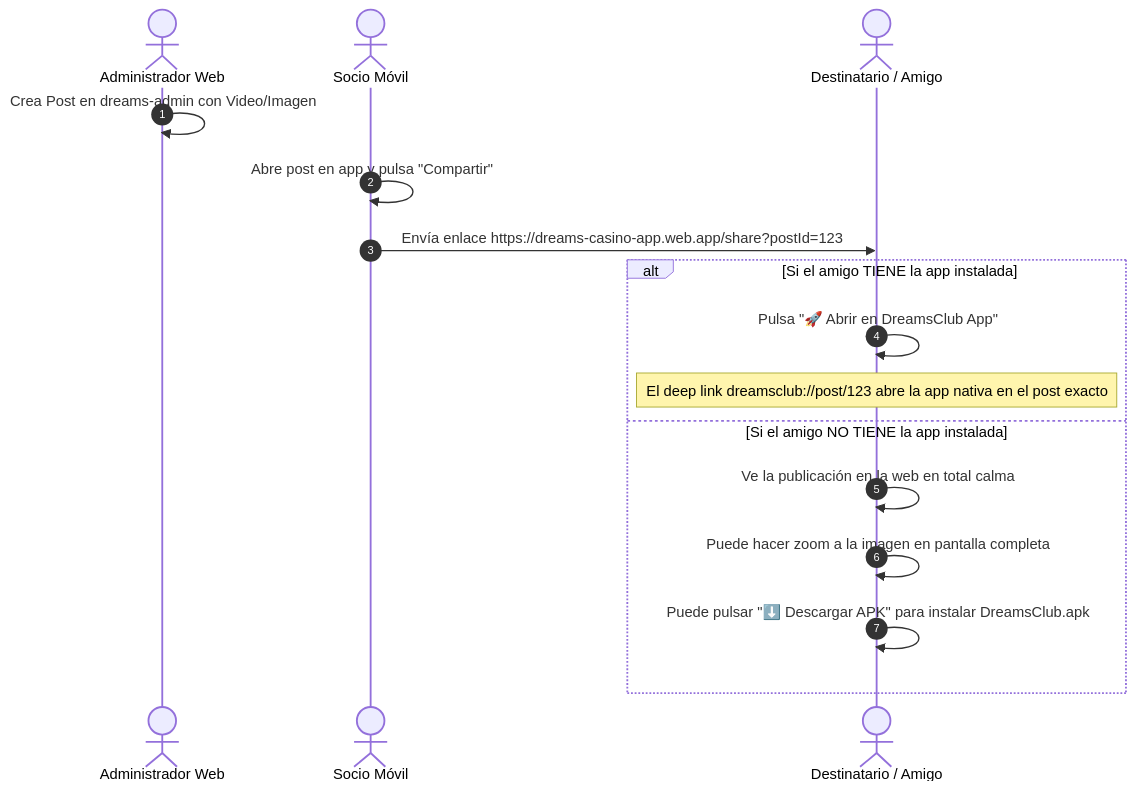
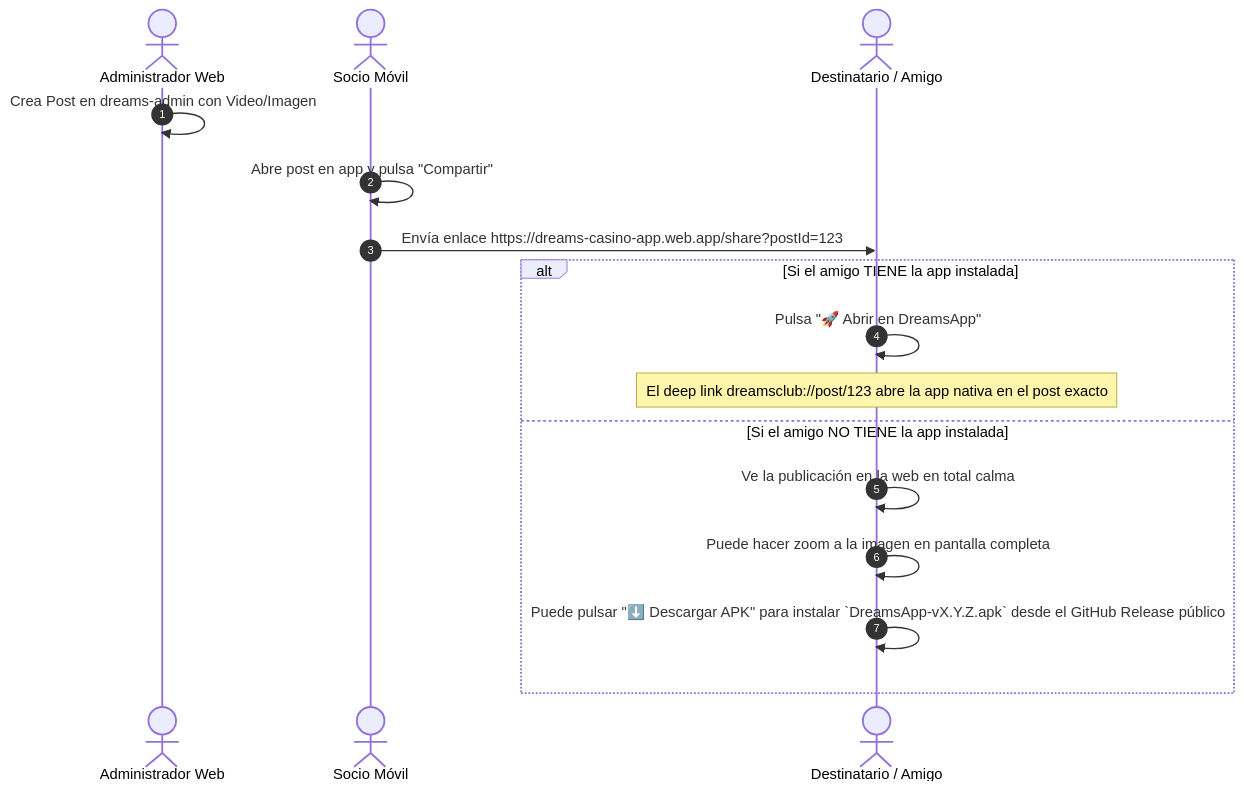
The third of 4 diagrams in ESPECIFICACION_SISTEMA_DREAMSCLUB.md (shaklinedj/DreamsClub), drawn with Mermaid before and after one commit. The commit also changed other lines of this file and 10 other files, not shown here.

````diff
--- a/ESPECIFICACION_SISTEMA_DREAMSCLUB.md
+++ b/ESPECIFICACION_SISTEMA_DREAMSCLUB.md
@@ -184,20 +184,20 @@
 ```mermaid
 sequenceDiagram
     autonumber
     actor Admin as Administrador Web
     actor Usuario as Socio Móvil
     actor Amigo as Destinatario / Amigo
 
     Admin->>Admin: Crea Post en dreams-admin con Video/Imagen
     Usuario->>Usuario: Abre post en app y pulsa "Compartir"
     Usuario->>Amigo: Envía enlace https://dreams-casino-app.web.app/share?postId=123
     
     alt Si el amigo TIENE la app instalada
-        Amigo->>Amigo: Pulsa "🚀 Abrir en DreamsClub App"
+        Amigo->>Amigo: Pulsa "🚀 Abrir en DreamsApp"
         Note over Amigo: El deep link dreamsclub://post/123 abre la app nativa en el post exacto
     else Si el amigo NO TIENE la app instalada
         Amigo->>Amigo: Ve la publicación en la web en total calma
         Amigo->>Amigo: Puede hacer zoom a la imagen en pantalla completa
-        Amigo->>Amigo: Puede pulsar "⬇️ Descargar APK" para instalar DreamsClub.apk
+        Amigo->>Amigo: Puede pulsar "⬇️ Descargar APK" para instalar `DreamsApp-vX.Y.Z.apk` desde el GitHub Release público
     end
 ```
````
